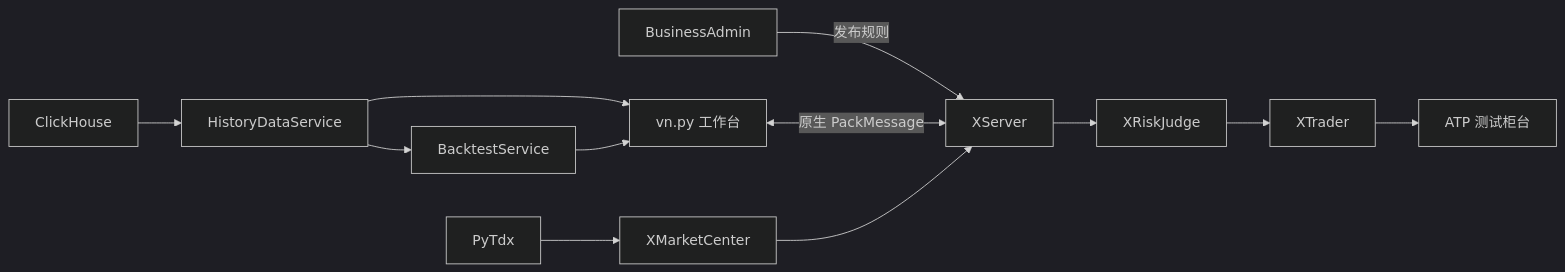
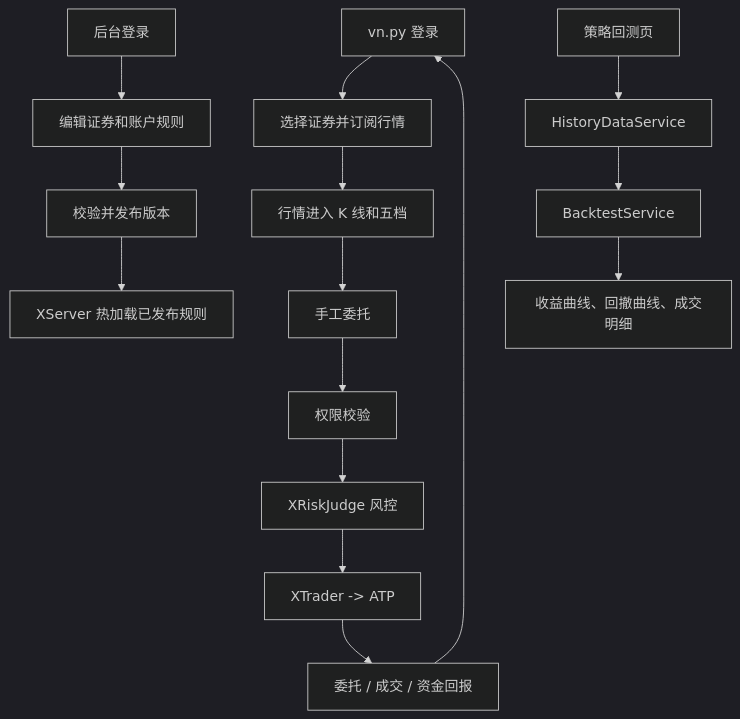
The diagram in README.md (Weatherbless2/quantfabric-trading-platform), drawn with Mermaid (dark theme) before and after one commit. The commit also changed other lines of this file and 2 other files, not shown here.

Commit message:
docs: add readable architecture and runtime guide

````diff
--- a/README.md
+++ b/README.md
@@ -17,9 +32,17 @@
 ```mermaid
-flowchart LR
-    Admin[BusinessAdmin] -->|发布规则| Server[XServer]
-    Vnpy[vn.py 工作台] <-->|原生 PackMessage| Server
-    PyTdx[PyTdx] --> Market[XMarketCenter] --> Server
-    Server --> Risk[XRiskJudge] --> Trader[XTrader] --> ATP[ATP 测试柜台]
-    CK[ClickHouse] --> History[HistoryDataService] --> Vnpy
-    History --> Backtest[BacktestService] --> Vnpy
+flowchart TD
+    A[后台登录] --> B[编辑证券和账户规则]
+    B --> C[校验并发布版本]
+    C --> D[XServer 热加载已发布规则]
+    E[vn.py 登录] --> F[选择证券并订阅行情]
+    F --> G[行情进入 K 线和五档]
+    G --> H[手工委托]
+    H --> I[权限校验]
+    I --> J[XRiskJudge 风控]
+    J --> K[XTrader -> ATP]
+    K --> L[委托 / 成交 / 资金回报]
+    L --> E
+    M[策略回测页] --> N[HistoryDataService]
+    N --> O[BacktestService]
+    O --> P[收益曲线、回撤曲线、成交明细]
 ```
````
